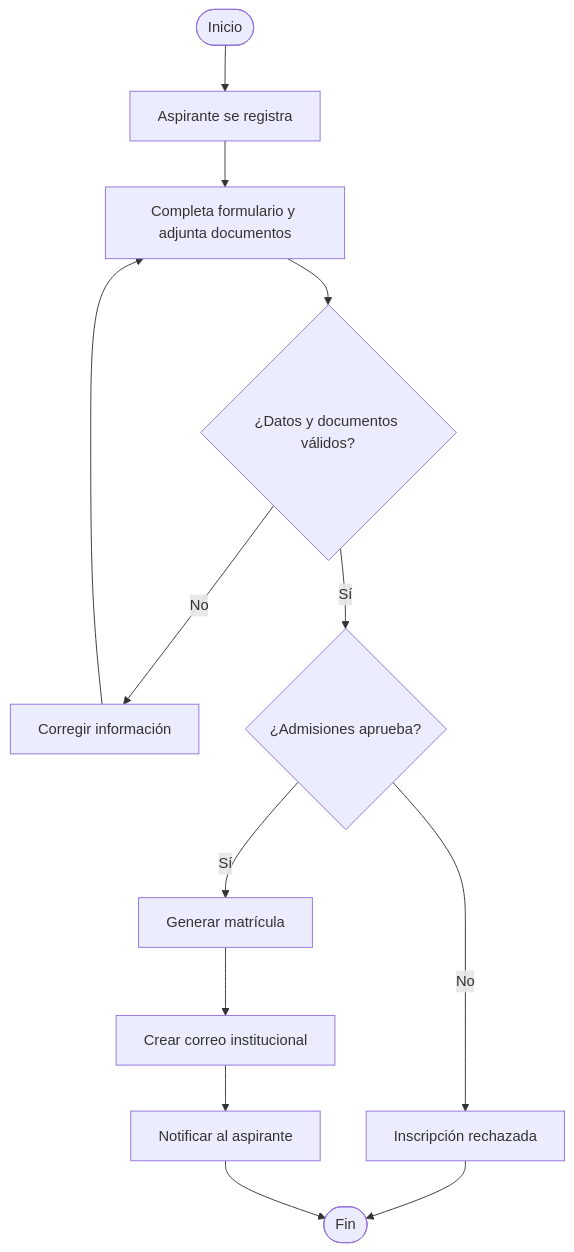
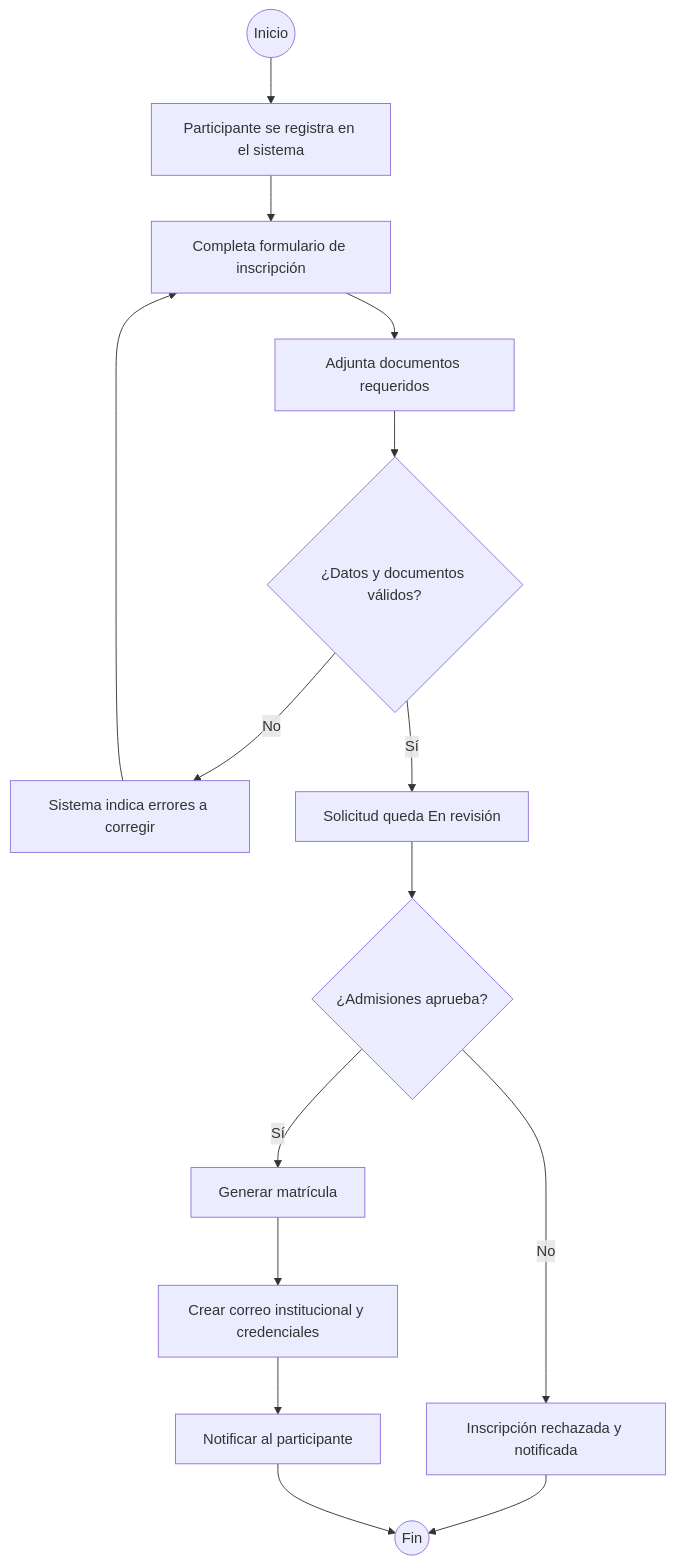
The fourth of 4 diagrams in docs/02-modelos-uml.md (raas03/SistemaAcademico), drawn with Mermaid before and after one commit. The commit also changed other lines of this file and 2 other files, not shown here.

Commit message:
docs: alinear modelos UML, componentes y registro de cambios con las entregas

````diff
--- a/docs/02-modelos-uml.md
+++ b/docs/02-modelos-uml.md
@@ -120,13 +138,17 @@
 ```mermaid
 flowchart TD
-    I([Inicio]) --> R[Aspirante se registra]
-    R --> F[Completa formulario y adjunta documentos]
-    F --> V{¿Datos y documentos válidos?}
-    V -- No --> C[Corregir información] --> F
-    V -- Sí --> A{¿Admisiones aprueba?}
-    A -- No --> X[Inscripción rechazada] --> FIN([Fin])
+    I((Inicio)) --> R[Participante se registra en el sistema]
+    R --> F[Completa formulario de inscripción]
+    F --> D[Adjunta documentos requeridos]
+    D --> V{¿Datos y documentos válidos?}
+    V -- No --> C[Sistema indica errores a corregir]
+    C --> F
+    V -- Sí --> P[Solicitud queda En revisión]
+    P --> A{¿Admisiones aprueba?}
+    A -- No --> X[Inscripción rechazada y notificada]
+    X --> FIN((Fin))
     A -- Sí --> M[Generar matrícula]
-    M --> E[Crear correo institucional]
-    E --> N[Notificar al aspirante]
+    M --> E[Crear correo institucional y credenciales]
+    E --> N[Notificar al participante]
     N --> FIN
 ```
````
